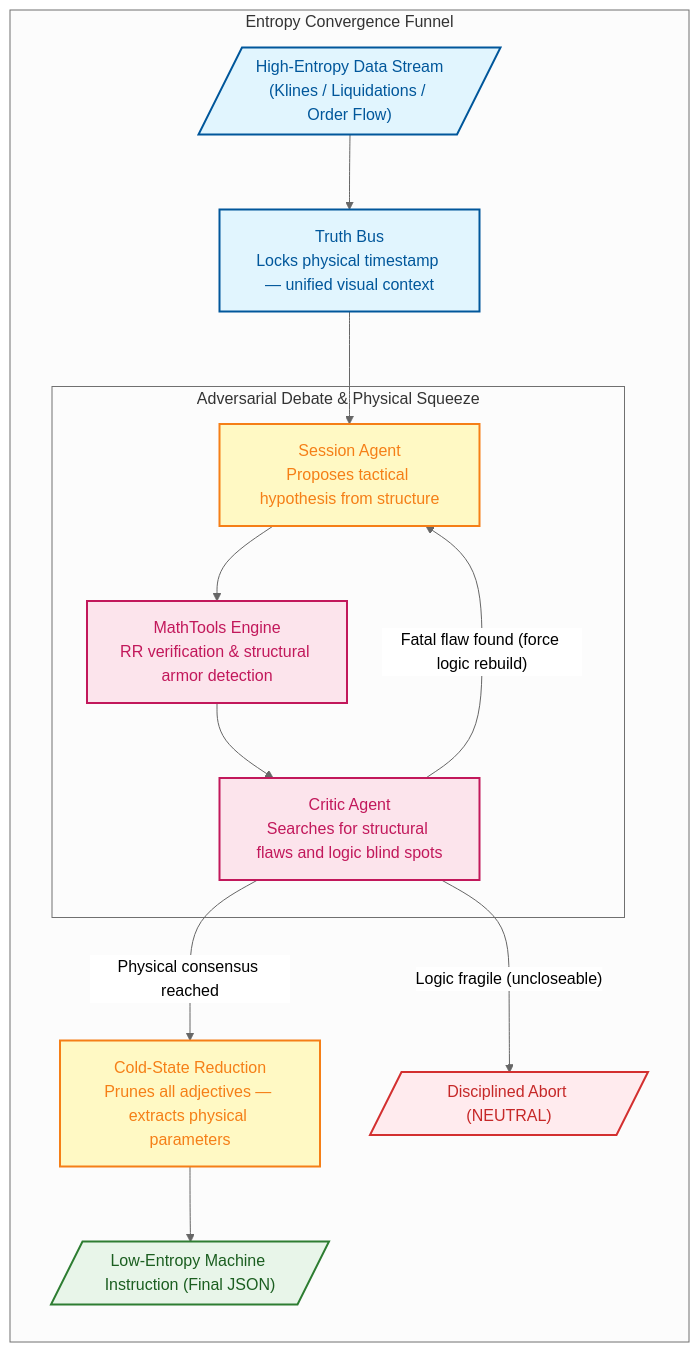
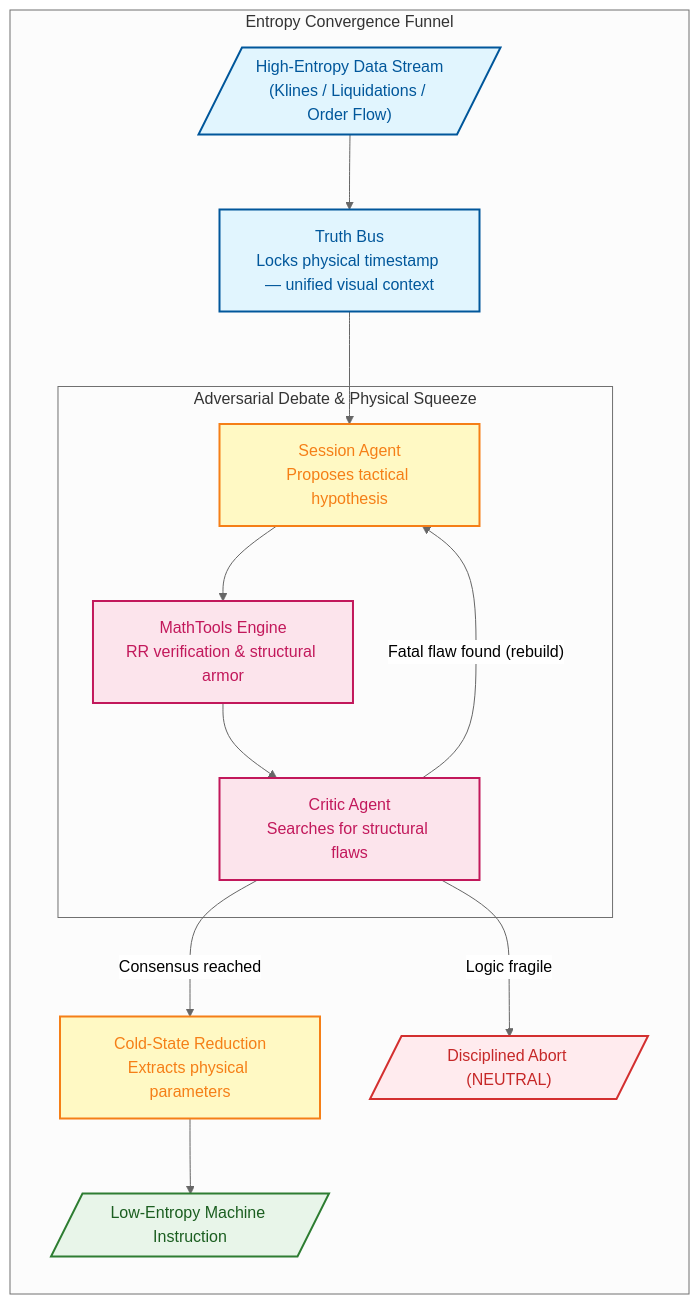
The diagram in README.md (jiangyang5157/binary-star), drawn with Mermaid (neutral theme) before and after one commit. The commit also changed other lines of this file, not shown here.

````diff
--- a/README.md
+++ b/README.md
@@ -57,33 +52,31 @@
 ```mermaid
 graph TD
     classDef input fill:#e1f5fe,stroke:#01579b,stroke-width:2px,color:#01579b
     classDef process fill:#fff9c4,stroke:#f57f17,stroke-width:2px,color:#f57f17
     classDef strict fill:#fce4ec,stroke:#c2185b,stroke-width:2px,color:#c2185b
     classDef exec fill:#e8f5e9,stroke:#2e7d32,stroke-width:2px,color:#1b5e20
     classDef halt fill:#ffebee,stroke:#d32f2f,stroke-width:2px,color:#c62828
 
     subgraph EntropyFunnel ["Entropy Convergence Funnel"]
         direction TB
-        
         Inputs[/"High-Entropy Data Stream<br>(Klines / Liquidations / Order Flow)"/]:::input
         TruthBus["Truth Bus<br>Locks physical timestamp — unified visual context"]:::input
-        
+
         subgraph DebateCycle ["Adversarial Debate & Physical Squeeze"]
-            Thesis["Session Agent<br>Proposes tactical hypothesis from structure"]:::process
-            Physics["MathTools Engine<br>RR verification & structural armor detection"]:::strict
-            Critic["Critic Agent<br>Searches for structural flaws and logic blind spots"]:::strict
-            
+            Thesis["Session Agent<br>Proposes tactical hypothesis"]:::process
+            Physics["MathTools Engine<br>RR verification & structural armor"]:::strict
+            Critic["Critic Agent<br>Searches for structural flaws"]:::strict
             Thesis --> Physics --> Critic
-            Critic -- "Fatal flaw found (force logic rebuild)" --> Thesis
+            Critic -- "Fatal flaw found (rebuild)" --> Thesis
         end
-        
-        Synthesis["Cold-State Reduction<br>Prunes all adjectives — extracts physical parameters"]:::process
-        Output[/"Low-Entropy Machine Instruction (Final JSON)"/]:::exec
+
+        Synthesis["Cold-State Reduction<br>Extracts physical parameters"]:::process
+        Output[/"Low-Entropy Machine Instruction"/]:::exec
         Halt[/"Disciplined Abort (NEUTRAL)"/]:::halt
-        
+
         Inputs --> TruthBus --> Thesis
-        Critic -- "Physical consensus reached" --> Synthesis
-        Critic -- "Logic fragile (uncloseable)" --> Halt
+        Critic -- "Consensus reached" --> Synthesis
+        Critic -- "Logic fragile" --> Halt
         Synthesis --> Output
     end
 ```
````
